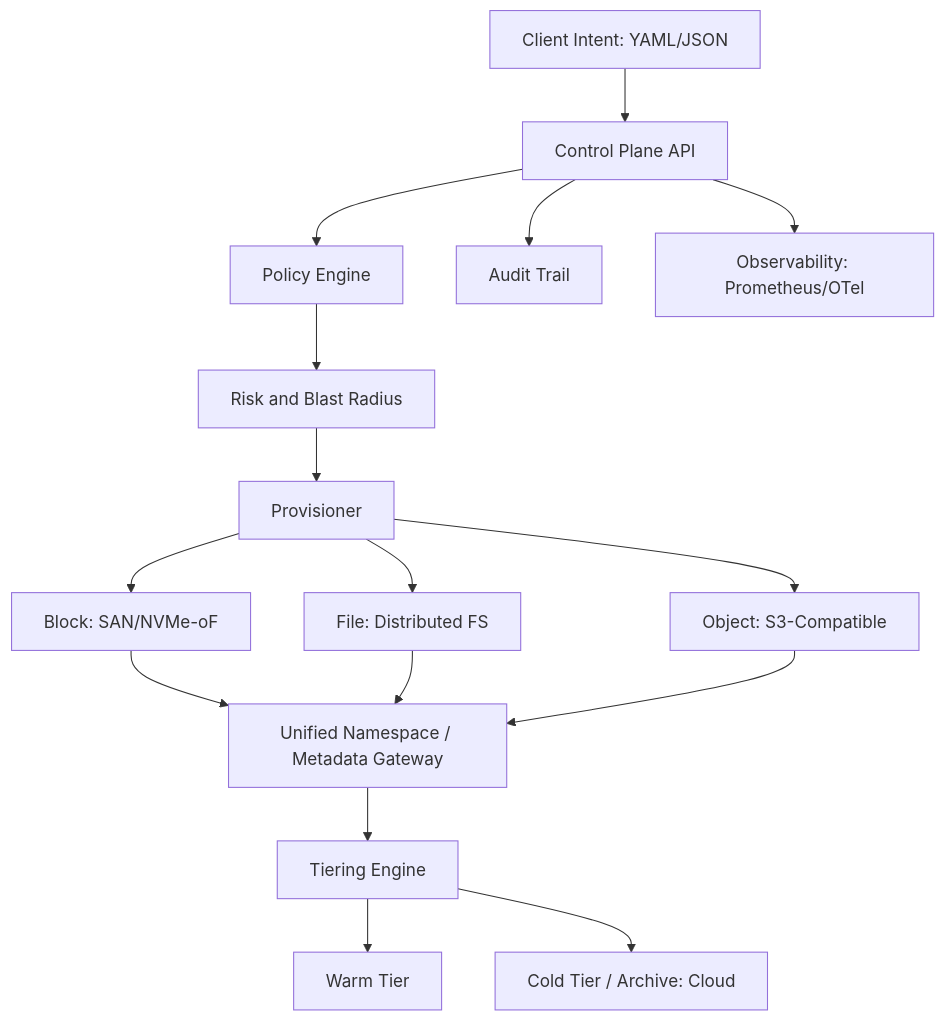
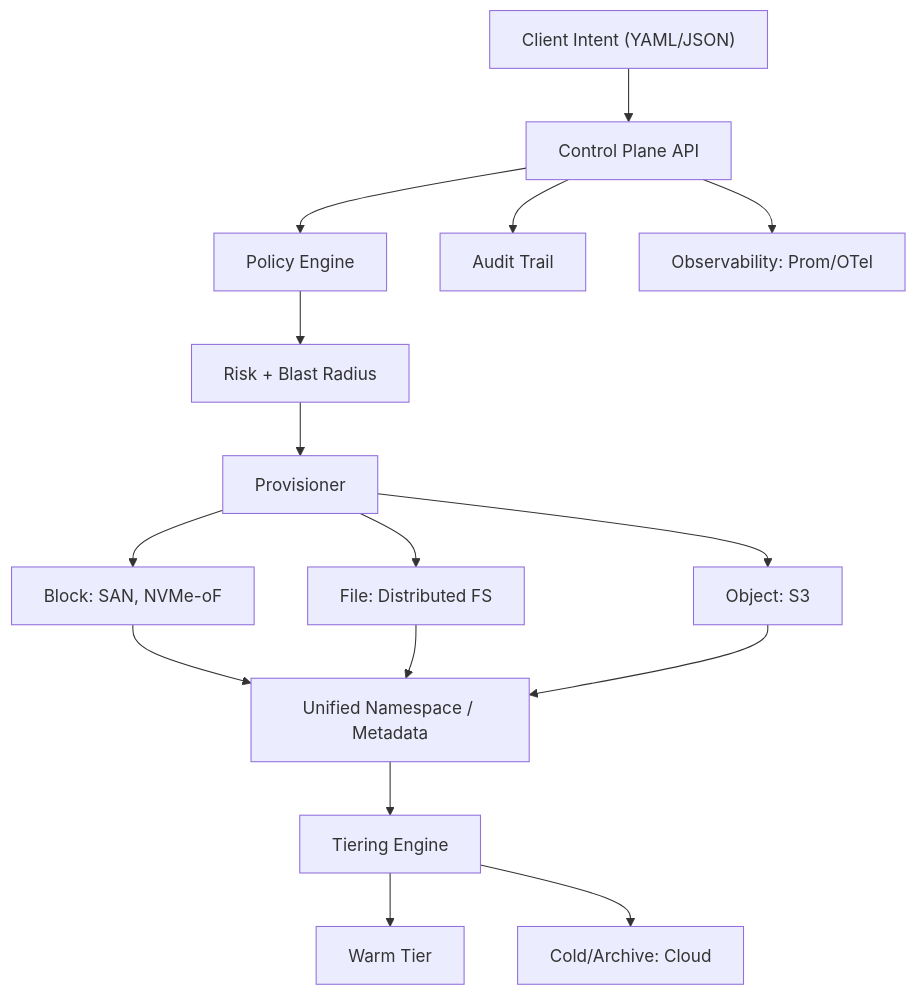
One commit to priyesh1988/software-defined-storage-platform changed the diagram in README.md. Above: the diagram before and after it, drawn with Mermaid.

````diff
--- a/README.md
+++ b/README.md
@@ -31,33 +31,36 @@
 ```mermaid
 flowchart TB
-  A[Client Intent: YAML/JSON]
-  B[Control Plane API]
-  C[Policy Engine]
-  D[Risk and Blast Radius]
-  E[Provisioner]
-  F1[Block: SAN/NVMe-oF]
-  F2[File: Distributed FS]
-  F3[Object: S3-Compatible]
-  G[Unified Namespace / Metadata Gateway]
-  H[Tiering Engine]
-  I[Warm Tier]
-  J[Cold Tier / Archive: Cloud]
-  K[Audit Trail]
-  L[Observability: Prometheus/OTel]
+  A["Client Intent (YAML/JSON)"]
+  B["Control Plane API"]
+  C["Policy Engine"]
+  D["Risk + Blast Radius"]
+  E["Provisioner"]
+
+  F1["Block: SAN, NVMe-oF"]
+  F2["File: Distributed FS"]
+  F3["Object: S3"]
+
+  G["Unified Namespace / Metadata"]
+  H["Tiering Engine"]
+  I["Warm Tier"]
+  J["Cold/Archive: Cloud"]
+
+  K["Audit Trail"]
+  L["Observability: Prom/OTel"]
 
   A --> B
   B --> C
   C --> D
   D --> E
   E --> F1
   E --> F2
   E --> F3
   F1 --> G
   F2 --> G
   F3 --> G
   G --> H
   H --> I
   H --> J
   B --> K
   B --> L
 ```
````
